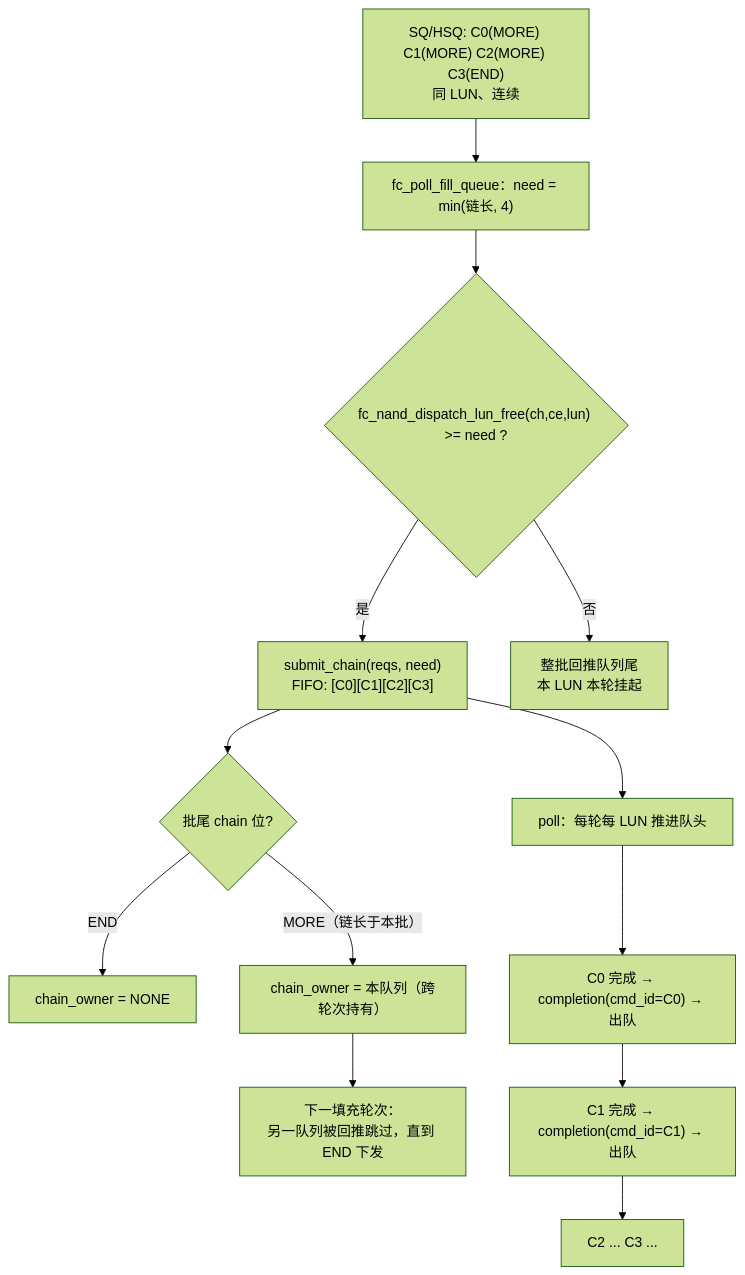
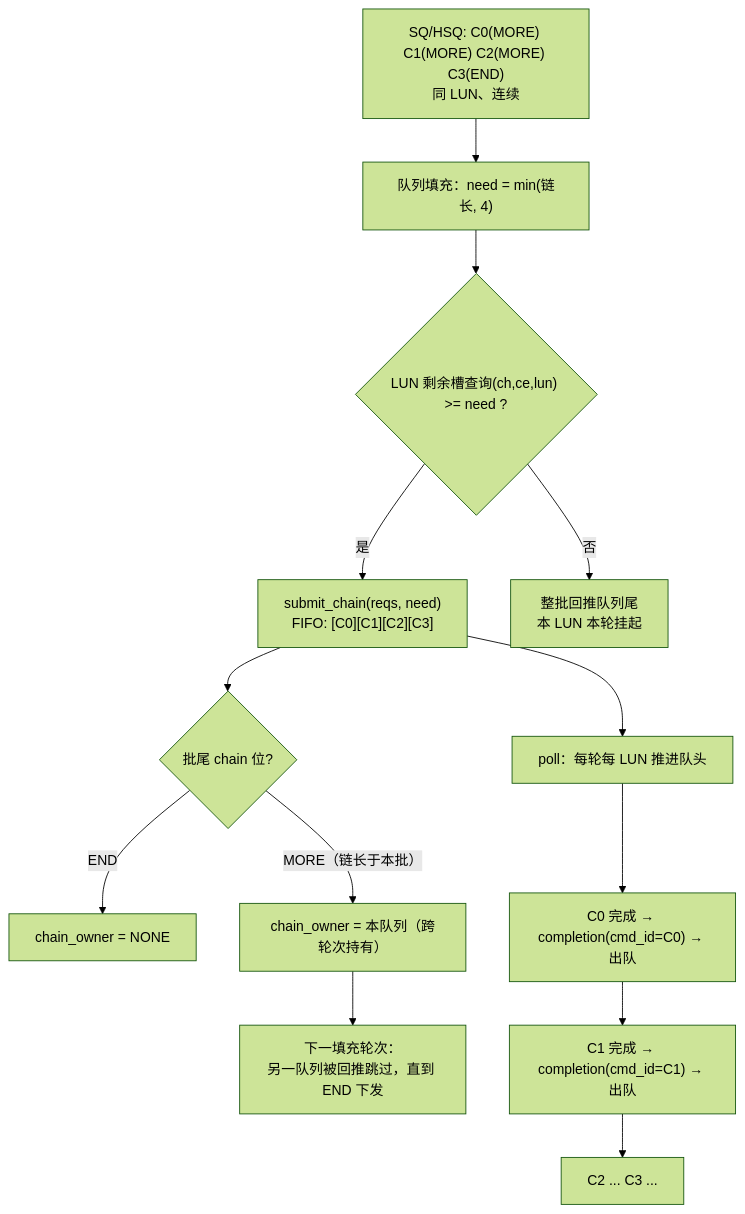
The ninth of 18 diagrams in docs/design/fc_nand_design.md (YzYMIAO/BASESSD), drawn with Mermaid (forest theme) before and after one commit. The commit also changed other lines of this file and 49 other files, not shown here.

````diff
--- a/docs/design/fc_nand_design.md
+++ b/docs/design/fc_nand_design.md
@@ -1619,16 +1548,16 @@
 ```mermaid
 flowchart TB
     Q["SQ/HSQ: C0(MORE) C1(MORE) C2(MORE) C3(END)<br/>同 LUN、连续"]
-    Q --> N["fc_poll_fill_queue：need = min(链长, 4)"]
-    N --> D{"fc_nand_dispatch_lun_free(ch,ce,lun) >= need ?"}
+    Q --> N["队列填充：need = min(链长, 4)"]
+    N --> D{"LUN 剩余槽查询(ch,ce,lun) >= need ?"}
     D -- "是" --> SUB["submit_chain(reqs, need)<br/>FIFO: [C0][C1][C2][C3]"]
     D -- "否" --> HOLD["整批回推队列尾<br/>本 LUN 本轮挂起"]
     SUB --> OWN{"批尾 chain 位?"}
     OWN -- "END" --> O0["chain_owner = NONE"]
     OWN -- "MORE（链长于本批）" --> O1["chain_owner = 本队列（跨轮次持有）"]
     SUB --> P["poll：每轮每 LUN 推进队头"]
     P --> C0["C0 完成 → completion(cmd_id=C0) → 出队"]
     C0 --> C1["C1 完成 → completion(cmd_id=C1) → 出队"]
     C1 --> C2["C2 ... C3 ..."]
     O1 --> NEXT["下一填充轮次：<br/>另一队列被回推跳过，直到 END 下发"]
 ```
````
